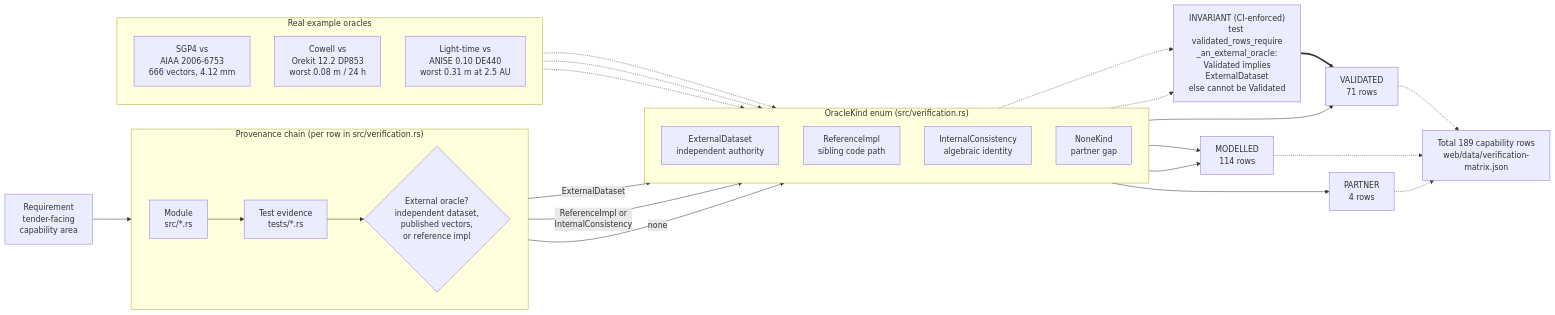
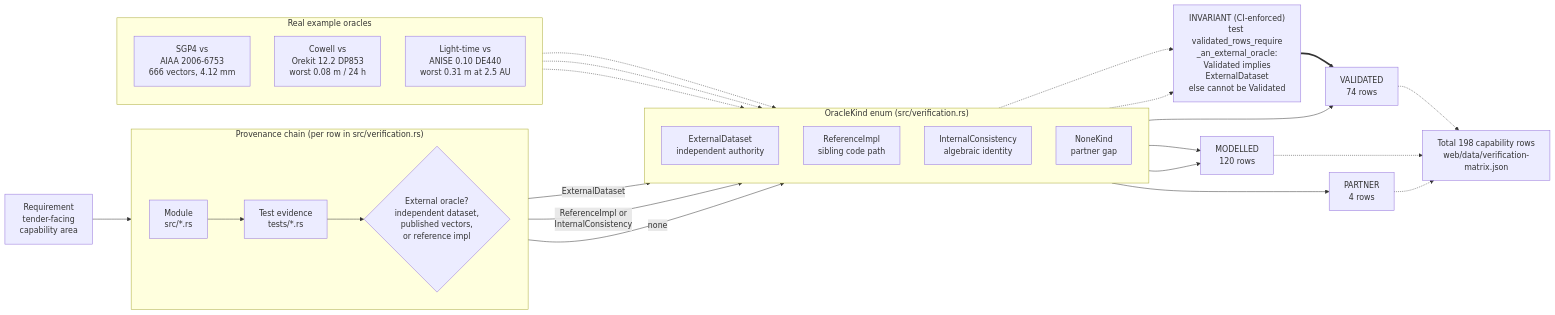
The diagram in docs/diagrams/validation-provenance.mmd (ashfordeOU/kshana), drawn with Mermaid before and after one commit. The commit also changed 27 other files, not shown here.

First line of the commit message:
docs: move every count surface to 69 kinds, 99 scenario files and 198 matrix rows; add leo-navmsg to the README kind list

```diff
--- a/docs/diagrams/validation-provenance.mmd
+++ b/docs/diagrams/validation-provenance.mmd
@@ -1,49 +1,49 @@
 flowchart LR
     REQ["Requirement<br/>tender-facing<br/>capability area"]
 
     subgraph CHAIN["Provenance chain (per row in src/verification.rs)"]
         direction LR
         MOD["Module<br/>src/*.rs"]
         TST["Test evidence<br/>tests/*.rs"]
         ORA{"External oracle?<br/>independent dataset,<br/>published vectors,<br/>or reference impl"}
     end
 
     REQ --> MOD --> TST --> ORA
 
     subgraph KINDS["OracleKind enum (src/verification.rs)"]
         direction TD
         EXT["ExternalDataset<br/>independent authority"]
         REF["ReferenceImpl<br/>sibling code path"]
         INT["InternalConsistency<br/>algebraic identity"]
         NON["NoneKind<br/>partner gap"]
     end
 
     ORA -->|ExternalDataset| EXT
     ORA -->|"ReferenceImpl or<br/>InternalConsistency"| INT
     ORA -->|none| NON
 
     GUARD["INVARIANT (CI-enforced)<br/>test validated_rows_require<br/>_an_external_oracle:<br/>Validated implies<br/>ExternalDataset<br/>else cannot be Validated"]
     EXT -.-> GUARD
     INT -.-> GUARD
 
-    EXT --> VAL["VALIDATED<br/>71 rows"]
-    REF --> MDL["MODELLED<br/>114 rows"]
+    EXT --> VAL["VALIDATED<br/>74 rows"]
+    REF --> MDL["MODELLED<br/>120 rows"]
     INT --> MDL
     NON --> PRT["PARTNER<br/>4 rows"]
     GUARD ==> VAL
 
     subgraph EX["Real example oracles"]
         direction TD
         E1["SGP4 vs<br/>AIAA 2006-6753<br/>666 vectors, 4.12 mm"]
         E2["Cowell vs<br/>Orekit 12.2 DP853<br/>worst 0.08 m / 24 h"]
         E3["Light-time vs<br/>ANISE 0.10 DE440<br/>worst 0.31 m at 2.5 AU"]
     end
 
     E1 -.-> EXT
     E2 -.-> EXT
     E3 -.-> EXT
 
-    TOTAL["Total 189 capability rows<br/>web/data/verification-matrix.json"]
+    TOTAL["Total 198 capability rows<br/>web/data/verification-matrix.json"]
     VAL -.-> TOTAL
     MDL -.-> TOTAL
     PRT -.-> TOTAL
```
